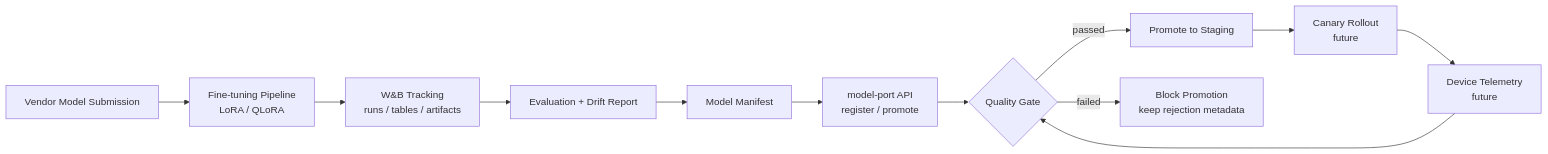
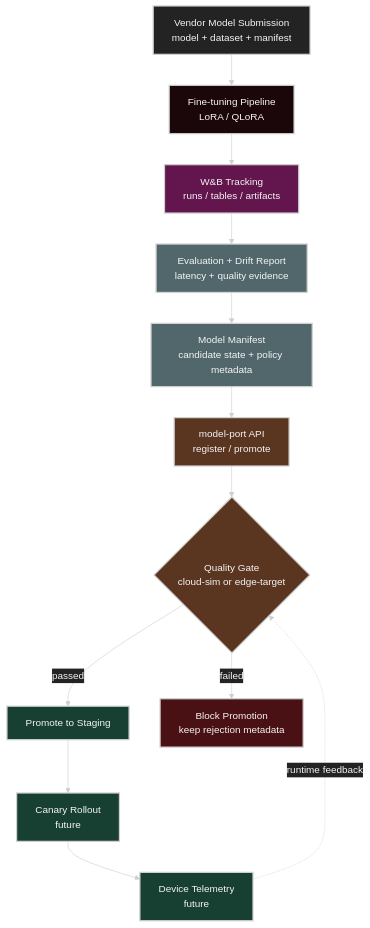
One commit to ziwon/model-port-gateway changed the first of 5 diagrams in docs/README.md. Above: the diagram before and after it, drawn with Mermaid. The commit also changed other lines of this file, not shown here.

Commit message:
docs(architecture): restyle diagrams

````diff
--- a/docs/README.md
+++ b/docs/README.md
@@ -21,14 +21,42 @@
 ```mermaid
-flowchart LR
-  A["Vendor Model Submission"] --> B["Fine-tuning Pipeline<br/>LoRA / QLoRA"]
-  B --> C["W&B Tracking<br/>runs / tables / artifacts"]
-  C --> D["Evaluation + Drift Report"]
-  D --> E["Model Manifest"]
-  E --> F["model-port API<br/>register / promote"]
-  F --> G{"Quality Gate"}
-  G -->|passed| H["Promote to Staging"]
-  G -->|failed| I["Block Promotion<br/>keep rejection metadata"]
-  H --> J["Canary Rollout<br/>future"]
-  J --> K["Device Telemetry<br/>future"]
-  K --> G
+%%{init: {"theme": "base", "themeVariables": {"background": "#171717", "primaryColor": "#232323", "primaryTextColor": "#f5f5f5", "primaryBorderColor": "#d0d0d0", "lineColor": "#cfcfcf", "fontFamily": "Inter, Arial, sans-serif"}}}%%
+flowchart TD
+  A["Vendor Model Submission<br/>model + dataset + manifest"]
+  B["Fine-tuning Pipeline<br/>LoRA / QLoRA"]
+  C["W&B Tracking<br/>runs / tables / artifacts"]
+  D["Evaluation + Drift Report<br/>latency + quality evidence"]
+  E["Model Manifest<br/>candidate state + policy metadata"]
+  F["model-port API<br/>register / promote"]
+  G{"Quality Gate<br/>cloud-sim or edge-target"}
+  H["Promote to Staging"]
+  I["Block Promotion<br/>keep rejection metadata"]
+  J["Canary Rollout<br/>future"]
+  K["Device Telemetry<br/>future"]
+
+  A --> B
+  B --> C
+  C --> D
+  D --> E
+  E --> F
+  F --> G
+  G -->|passed| H
+  G -->|failed| I
+  H --> J
+  J --> K
+  K -. "runtime feedback" .-> G
+
+  classDef vendor fill:#232323,stroke:#d0d0d0,color:#f5f5f5,stroke-width:2px;
+  classDef training fill:#1b070a,stroke:#d0d0d0,color:#f5f5f5,stroke-width:2px;
+  classDef tracking fill:#62164d,stroke:#d0d0d0,color:#f5f5f5,stroke-width:2px;
+  classDef evidence fill:#52676b,stroke:#d0d0d0,color:#f5f5f5,stroke-width:2px;
+  classDef gateway fill:#5a3520,stroke:#d0d0d0,color:#f5f5f5,stroke-width:2px;
+  classDef passed fill:#173f32,stroke:#d0d0d0,color:#f5f5f5,stroke-width:2px;
+  classDef blocked fill:#4a1114,stroke:#d0d0d0,color:#f5f5f5,stroke-width:2px;
+  class A vendor;
+  class B training;
+  class C tracking;
+  class D,E evidence;
+  class F,G gateway;
+  class H,J,K passed;
+  class I blocked;
 ```
````
